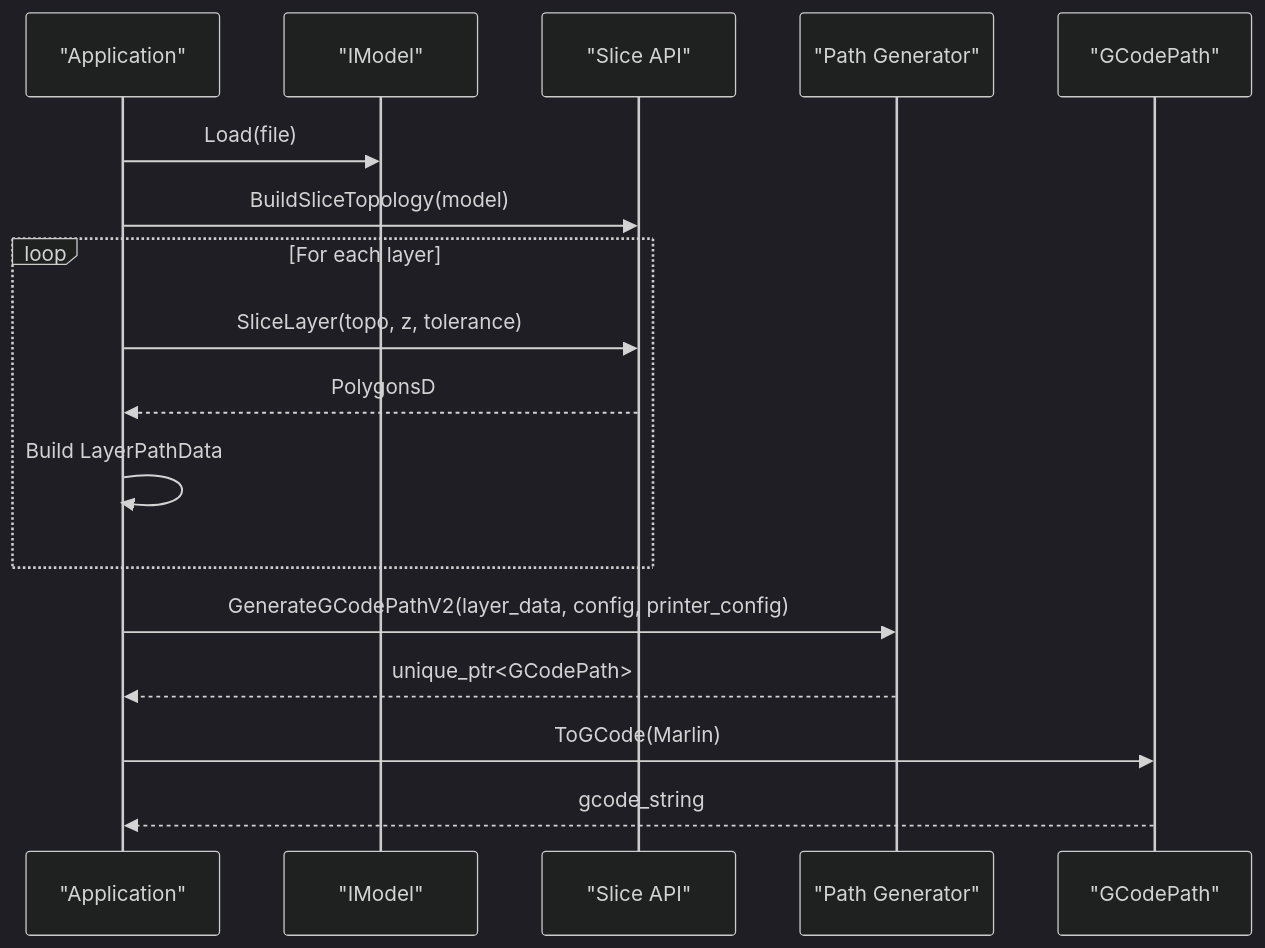
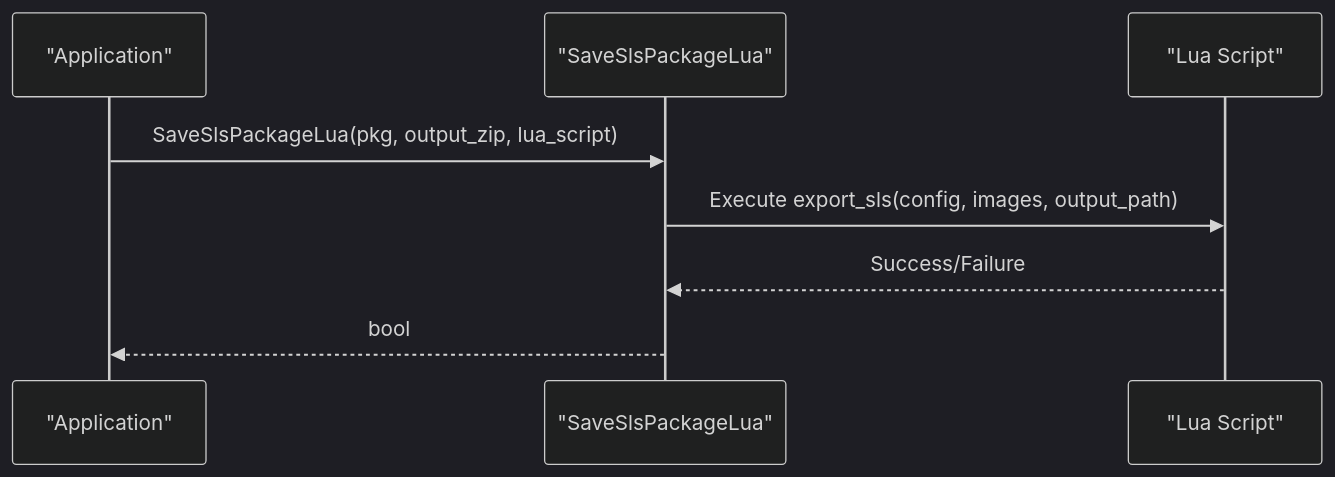
The ninth of 12 diagrams in .qoder/repowiki/en/content/API Reference/C++ Library API/C++ Library API.md (hsmbanlance/HsBaSlicer), drawn with Mermaid (dark theme) before and after one commit. The commit also changed other lines of this file and 1095 other files, not shown here.

````diff
--- a/.qoder/repowiki/en/content/API Reference/C++ Library API/C++ Library API.md
+++ b/.qoder/repowiki/en/content/API Reference/C++ Library API/C++ Library API.md
@@ -419,19 +445,10 @@
 ```mermaid
 sequenceDiagram
 participant App as "Application"
-participant Model as "IModel"
-participant Slice as "Slice API"
-participant Path as "Path Generator"
-participant GCode as "GCodePath"
-App->>Model : Load(file)
-App->>Slice : BuildSliceTopology(model)
-loop For each layer
-App->>Slice : SliceLayer(topo, z, tolerance)
-Slice-->>App : PolygonsD
-App->>App : Build LayerPathData
-end
-App->>Path : GenerateGCodePathV2(layer_data, config, printer_config)
-Path-->>App : unique_ptr<GCodePath>
-App->>GCode : ToGCode(Marlin)
-GCode-->>App : gcode_string
+participant SLS as "SaveSlsPackageLua"
+participant LUA as "Lua Script"
+App->>SLS : SaveSlsPackageLua(pkg, output_zip, lua_script)
+SLS->>LUA : Execute export_sls(config, images, output_path)
+LUA-->>SLS : Success/Failure
+SLS-->>App : bool
 ```
````
